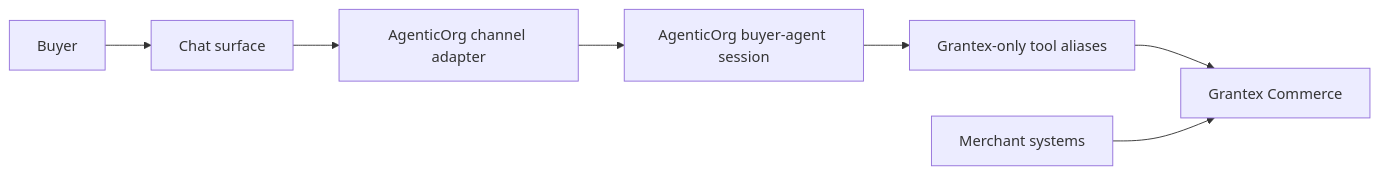
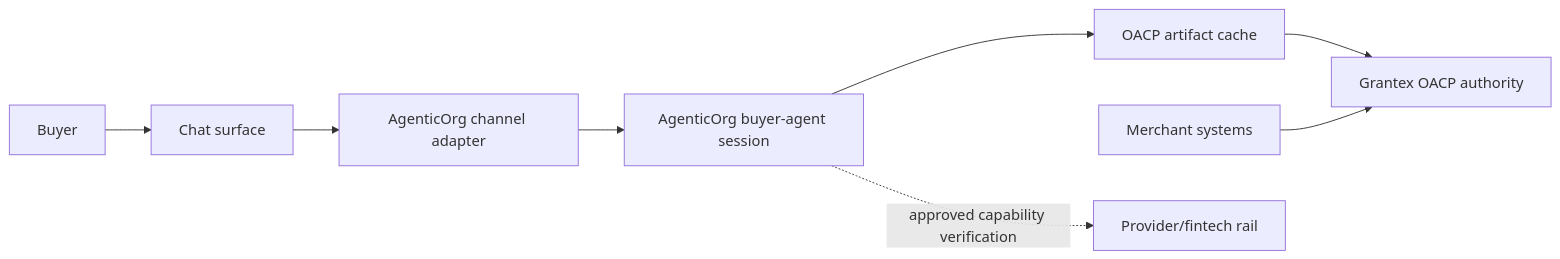
One commit to mishrasanjeev/agentic-org changed the first of 2 diagrams in docs/commerce-agent-end-to-end-agentic-commerce-flow.md. Above: the diagram before and after it, drawn with Mermaid. The commit also changed other lines of this file and 3 other files, not shown here.

Commit message:
docs(commerce): update OACP agent PRD and content plan

````diff
--- a/docs/commerce-agent-end-to-end-agentic-commerce-flow.md
+++ b/docs/commerce-agent-end-to-end-agentic-commerce-flow.md
@@ -23,17 +25,19 @@
 ```mermaid
 flowchart LR
   buyer["Buyer"]
   chat["Chat surface"]
   adapter["AgenticOrg channel adapter"]
   session["AgenticOrg buyer-agent session"]
-  aliases["Grantex-only tool aliases"]
-  grantex["Grantex Commerce"]
+  cache["OACP artifact cache"]
+  grantex["Grantex OACP authority"]
   merchant["Merchant systems"]
+  provider["Provider/fintech rail"]
 
   buyer --> chat
   chat --> adapter
   adapter --> session
-  session --> aliases
-  aliases --> grantex
+  session --> cache
+  cache --> grantex
   merchant --> grantex
+  session -. "approved capability verification" .-> provider
 ```
````
